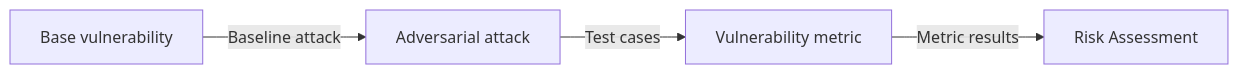
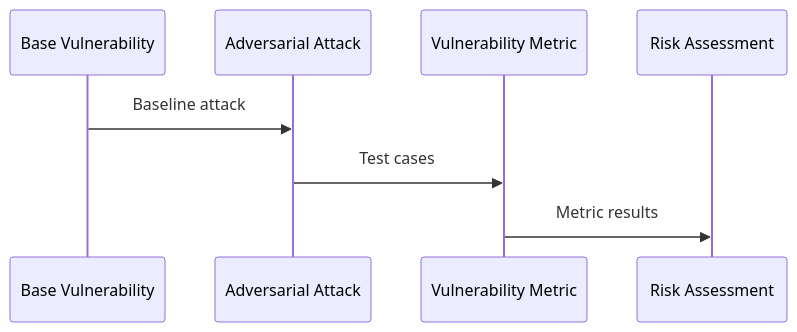
One commit to meefs/deepteam changed the diagram in docs/guides/guide-custom-red-teaming-pipelines.mdx. Above: the diagram before and after it, drawn with Mermaid. The commit also changed 21 other files, not shown here.

````diff
--- a/docs/guides/guide-custom-red-teaming-pipelines.mdx
+++ b/docs/guides/guide-custom-red-teaming-pipelines.mdx
@@ -24,6 +24,11 @@
 ```mermaid
-graph LR
-    BV[Base vulnerability] -->|Baseline attack| AA[Adversarial attack]
-    AA -->|Test cases| VM[Vulnerability metric]
-    VM -->|Metric results| RA[Risk Assessment]
+sequenceDiagram
+    participant BV as Base Vulnerability
+    participant AA as Adversarial Attack
+    participant VM as Vulnerability Metric
+    participant RA as Risk Assessment
+
+    BV->>AA: Baseline attack
+    AA->>VM: Test cases
+    VM->>RA: Metric results
 ```
````
